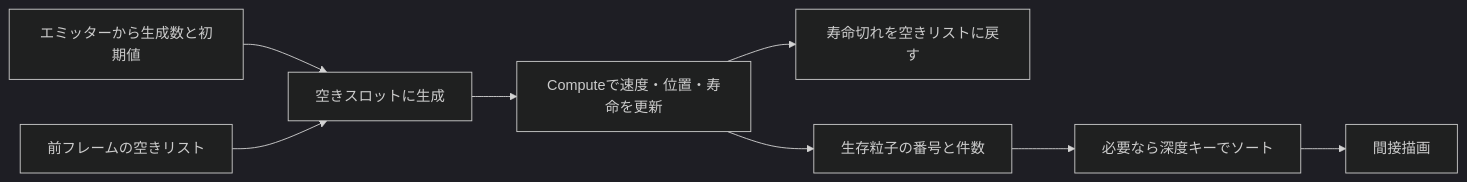
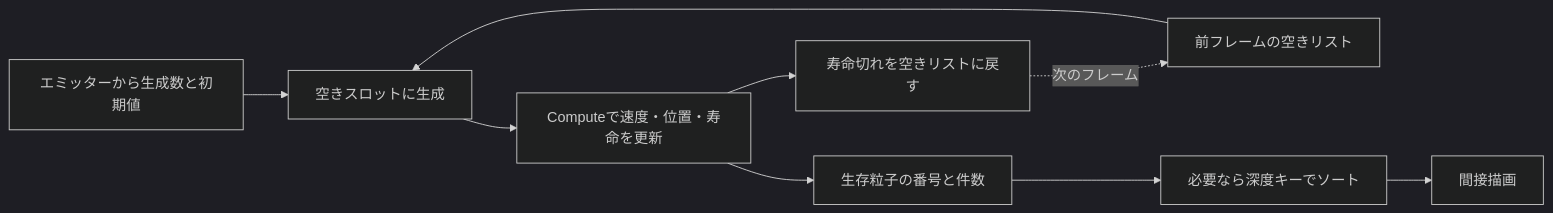
One commit to sny0/sny0.github.io changed the first of 3 diagrams in study/docs/graphics/shader/gpu-particles.md. Above: the diagram before and after it, drawn with Mermaid (dark theme). The commit also changed other lines of this file and 1 other file, not shown here.

````diff
--- a/study/docs/graphics/shader/gpu-particles.md
+++ b/study/docs/graphics/shader/gpu-particles.md
@@ -22,10 +22,11 @@
 ```mermaid
 flowchart LR
     E["エミッターから生成数と初期値"] --> G["空きスロットに生成"]
     F["前フレームの空きリスト"] --> G
     G --> U["Computeで速度・位置・寿命を更新"]
     U --> D["寿命切れを空きリストに戻す"]
+    D -. 次のフレーム .-> F
     U --> L["生存粒子の番号と件数"]
     L --> S["必要なら深度キーでソート"]
     S --> R["間接描画"]
 ```
````
